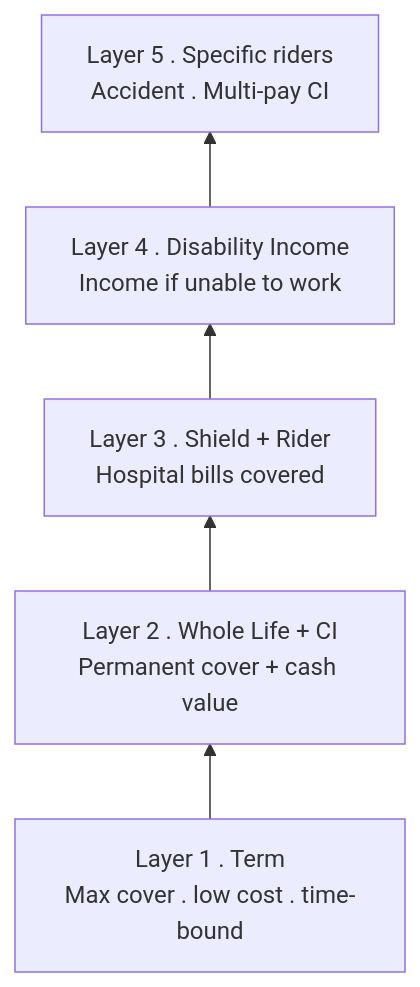
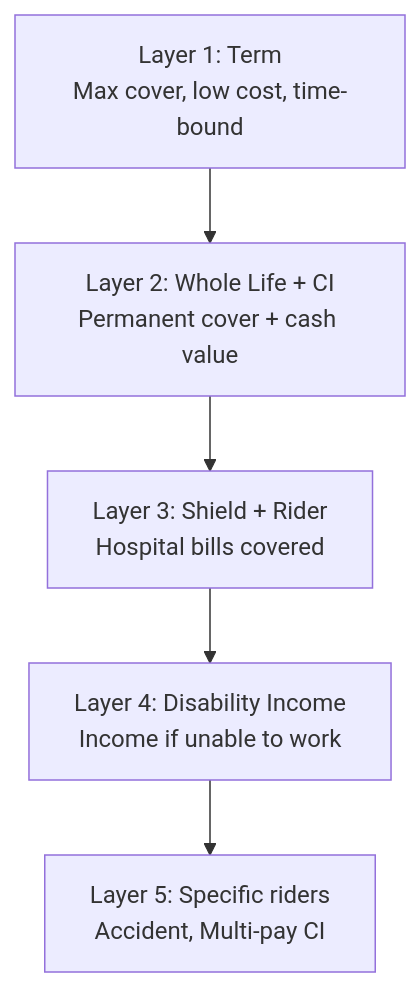
One commit to leotansingapore/aia-product-compass-hub changed the second of 2 diagrams in docs/first-60-days/week-10/day-56.md. Above: the diagram before and after it, drawn with Mermaid. The commit also changed other lines of this file and 56 other files, not shown here.

Commit message:
Readability pass across first-60-days: styled HTML to tables/diagrams, cleaner formatting, no leaked metadata

````diff
--- a/docs/first-60-days/week-10/day-56.md
+++ b/docs/first-60-days/week-10/day-56.md
@@ -598,9 +596,7 @@
 ```mermaid
-flowchart BT
-    L5["Layer 5 . Specific riders<br/>Accident . Multi-pay CI"]
-    L4["Layer 4 . Disability Income<br/>Income if unable to work"]
-    L3["Layer 3 . Shield + Rider<br/>Hospital bills covered"]
-    L2["Layer 2 . Whole Life + CI<br/>Permanent cover + cash value"]
-    L1["Layer 1 . Term<br/>Max cover . low cost . time-bound"]
-    L1 --> L2 --> L3 --> L4 --> L5
+flowchart TD
+    L1["Layer 1: Term<br/>Max cover, low cost, time-bound"] --> L2["Layer 2: Whole Life + CI<br/>Permanent cover + cash value"]
+    L2 --> L3["Layer 3: Shield + Rider<br/>Hospital bills covered"]
+    L3 --> L4["Layer 4: Disability Income<br/>Income if unable to work"]
+    L4 --> L5["Layer 5: Specific riders<br/>Accident, Multi-pay CI"]
 ```
````
